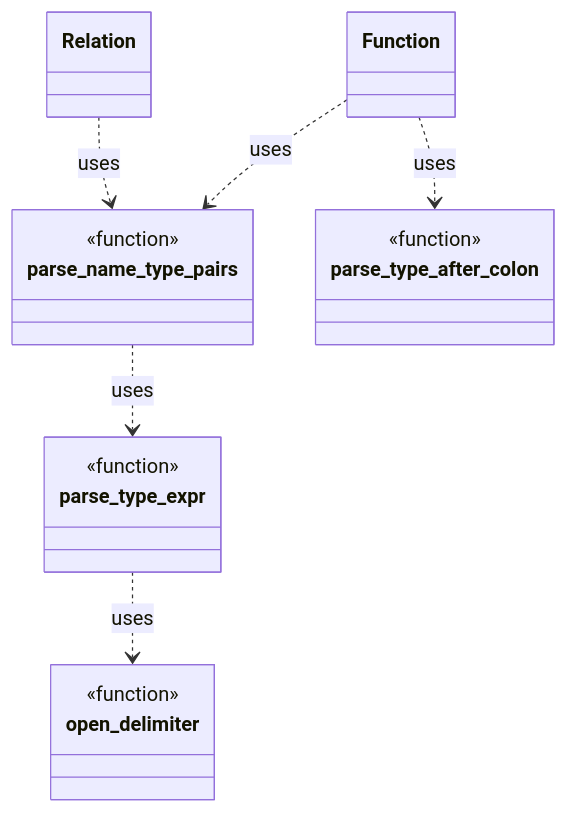
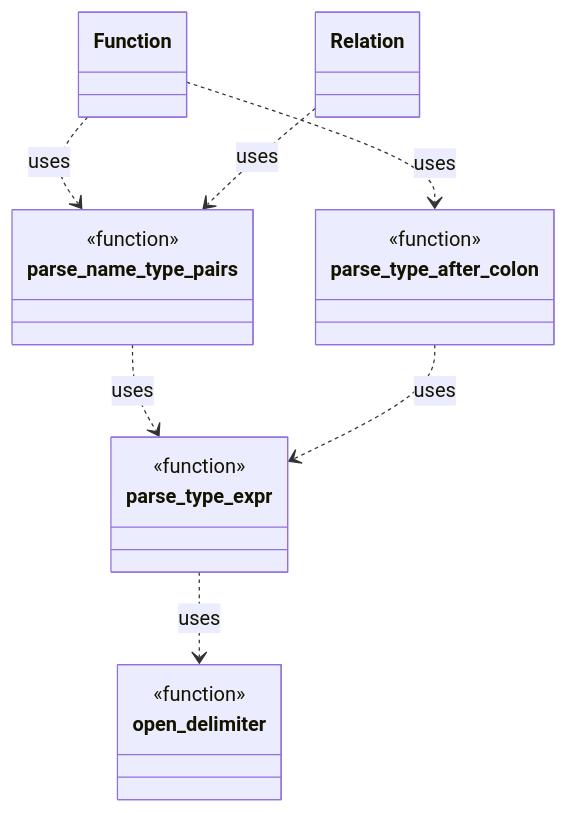
One commit to leynos/ddlint changed the first of 2 diagrams in docs/function-parsing-design.md. Above: the diagram before and after it, drawn with Mermaid. The commit also changed other lines of this file and 2 other files, not shown here.

Commit message:
Unify type parsing and skip trivia

````diff
--- a/docs/function-parsing-design.md
+++ b/docs/function-parsing-design.md
@@ -13,20 +13,21 @@
 ```mermaid
 classDiagram
     class parse_name_type_pairs {
         <<function>>
     }
     class parse_type_expr {
         <<function>>
     }
     class parse_type_after_colon {
         <<function>>
     }
     class open_delimiter {
         <<function>>
     }
     Function ..> parse_name_type_pairs : uses
     parse_name_type_pairs ..> parse_type_expr : uses
     Function ..> parse_type_after_colon : uses
+    parse_type_after_colon ..> parse_type_expr : uses
     Relation ..> parse_name_type_pairs : uses
     parse_type_expr ..> open_delimiter : uses
 ```
````
